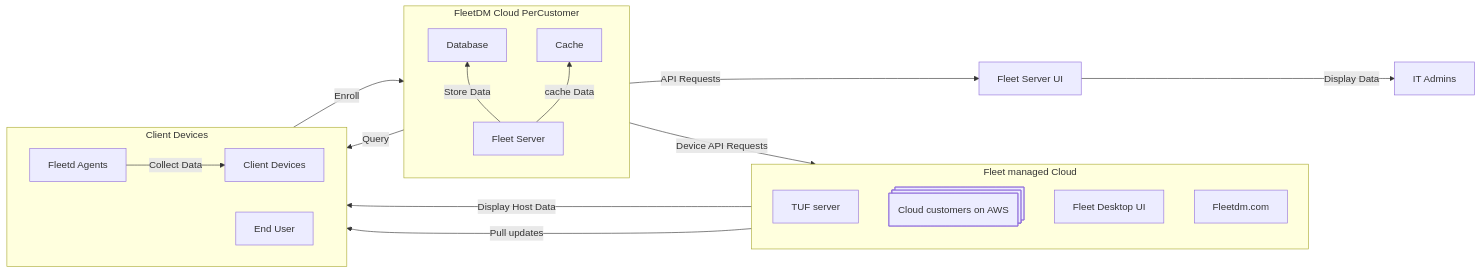
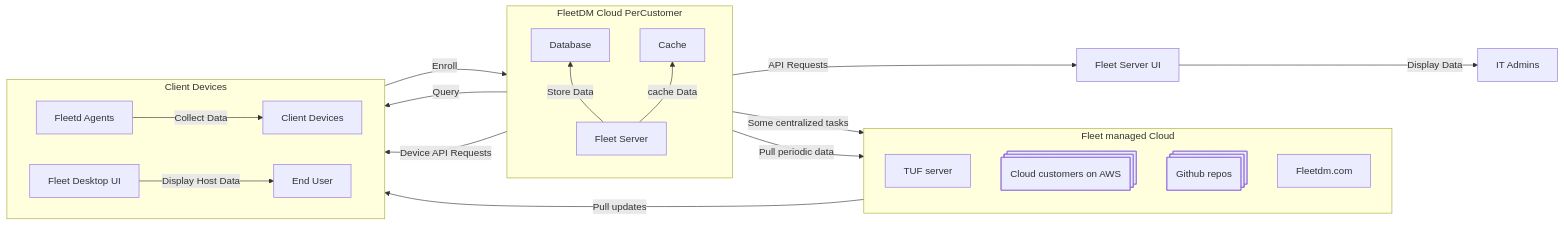
One commit to fleetdm/fleet changed the diagram in docs/Contributing/system_design/README.md. Above: the diagram before and after it, drawn with Mermaid. The commit also changed other lines of this file, not shown here.

Commit message:
missed repo link in readme

````diff
--- a/docs/Contributing/system_design/README.md
+++ b/docs/Contributing/system_design/README.md
@@ -14,34 +15,36 @@
 ```mermaid
 graph LR
     subgraph backend [FleetDM Cloud PerCustomer]
         direction BT
         B[Fleet Server]
         C[Database]
         R[Cache]
     end
     subgraph Fleet managed Cloud
         direction TB
         I[TUF server]
         J@{ shape: processes, label: "Cloud customers on AWS" }
-        L@{ shape: processes, label: "Github repos" }
+        M@{ shape: processes, label: "Github repos" }
         K[Fleetdm.com]
     end
     subgraph Client Devices
         direction LR
         A[Client Devices]
         D[Fleetd Agents]
         L[Fleet Desktop UI]
         H[End User]
     end
 
     A -->|Enroll| B
     B -->|Store Data| C[Database]
     B -->|cache Data| R[Cache]
     B -->|Query| D
     D -->|Collect Data| A
     B -->|API Requests| E[Fleet Server UI]
     E -->|Display Data| F[IT Admins]
     B -->|Device API Requests| L
+    B -->|Some centralized tasks| K
+    B -->|Pull periodic data| M
     L -->|Display Host Data| H
     I[TUF server] -->|Pull updates| D
 ```
````
